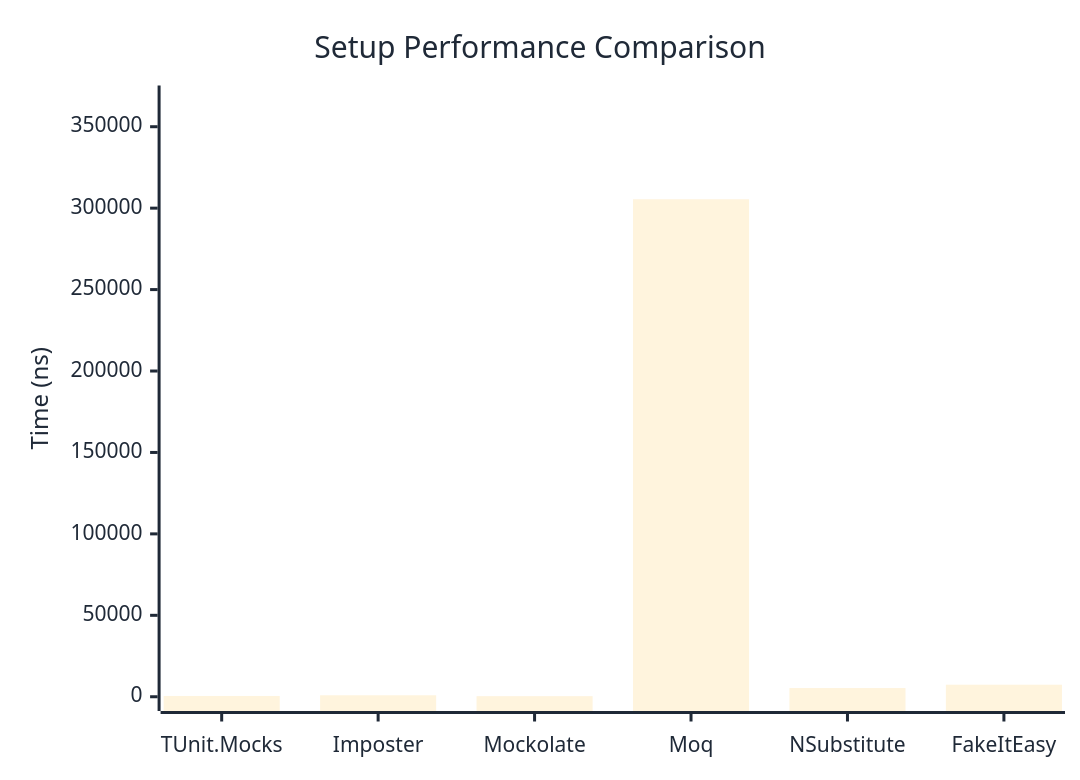
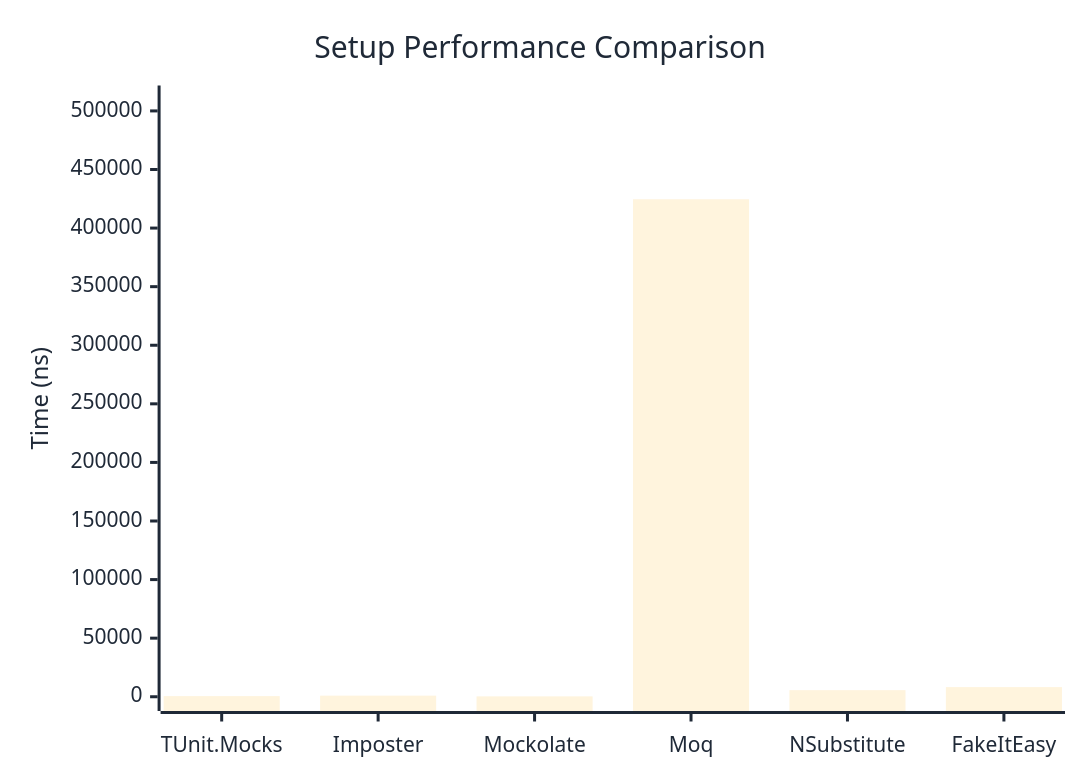
Before and after one commit to thomhurst/TUnit: the first of 2 diagrams in docs/docs/benchmarks/mocks/Setup.md, drawn with Mermaid. The commit also changed other lines of this file and 14 other files, not shown here.

````diff
--- a/docs/docs/benchmarks/mocks/Setup.md
+++ b/docs/docs/benchmarks/mocks/Setup.md
@@ -28,27 +28,27 @@
 ```mermaid
 %%{init: {
   'theme':'base',
   'themeVariables': {
     'primaryColor': '#2563eb',
     'primaryTextColor': '#1f2937',
     'primaryBorderColor': '#1e40af',
     'lineColor': '#6b7280',
     'secondaryColor': '#7c3aed',
     'tertiaryColor': '#dc2626',
     'background': '#ffffff',
     'pie1': '#2563eb',
     'pie2': '#7c3aed',
     'pie3': '#dc2626',
     'pie4': '#f59e0b',
     'pie5': '#10b981',
     'pie6': '#06b6d4',
     'pie7': '#ec4899',
     'pie8': '#6366f1'
   }
 }}%%
 xychart-beta
   title "Setup Performance Comparison"
   x-axis ["TUnit.Mocks", "Imposter", "Mockolate", "Moq", "NSubstitute", "FakeItEasy"]
-  y-axis "Time (ns)" 0 --> 366559
-  bar [478.8, 906.1, 369.8, 305465.3, 5341.3, 7396.8]
+  y-axis "Time (ns)" 0 --> 509527
+  bar [556.5, 932.1, 340.8, 424605.2, 5618.9, 8237.1]
 ```
````
